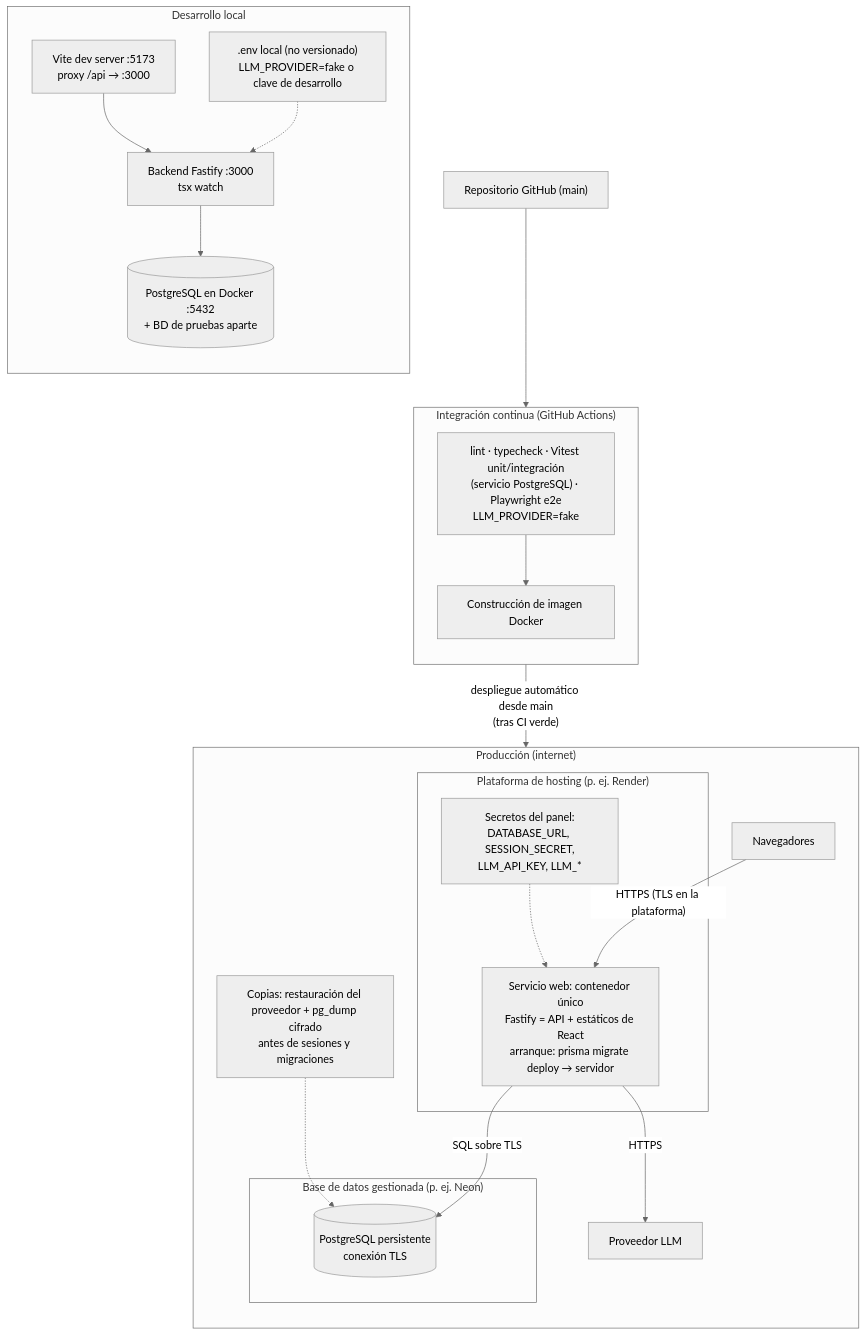
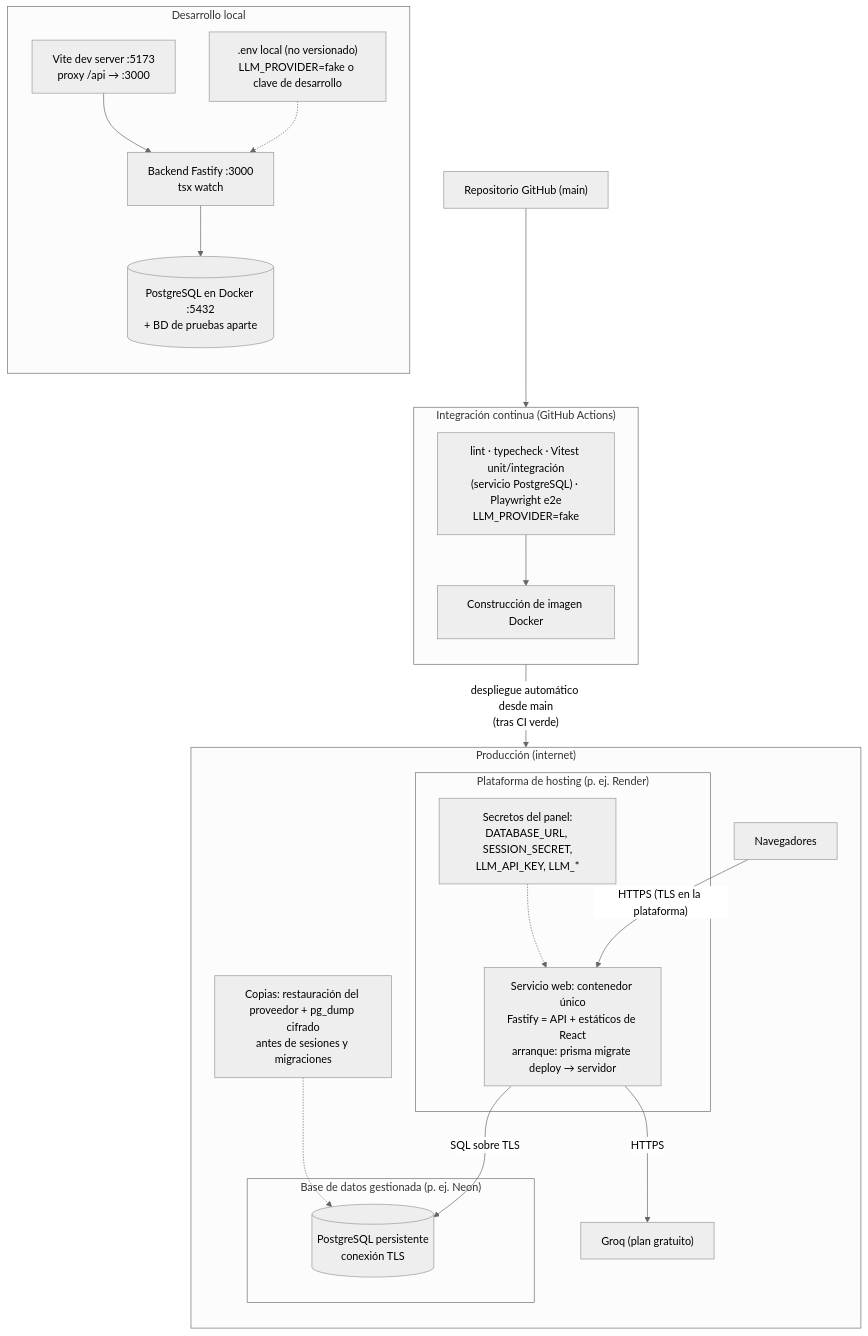
Before and after one commit to JheraldC/scrum-assistent-intelligent-artificial: the diagram in specs/001-scrum-ai-agent-guide/diagrams/06-despliegue.md, drawn with Mermaid (neutral theme). The commit also changed 8 other files, not shown here.

First line of the commit message:
docs(spec): fijar Groq como proveedor de IA y aclarar alcance del MVP

````diff
--- a/specs/001-scrum-ai-agent-guide/diagrams/06-despliegue.md
+++ b/specs/001-scrum-ai-agent-guide/diagrams/06-despliegue.md
@@ -7,38 +7,38 @@
 ```mermaid
 flowchart TB
     subgraph DEV["Desarrollo local"]
         direction TB
         VITE["Vite dev server :5173<br/>proxy /api → :3000"]
         BEDEV["Backend Fastify :3000<br/>tsx watch"]
         PGDEV[("PostgreSQL en Docker :5432<br/>+ BD de pruebas aparte")]
         VITE --> BEDEV --> PGDEV
         ENVDEV[".env local (no versionado)<br/>LLM_PROVIDER=fake o clave de desarrollo"]
         ENVDEV -.-> BEDEV
     end
 
     subgraph CI["Integración continua (GitHub Actions)"]
         direction TB
         TESTS["lint · typecheck · Vitest unit/integración<br/>(servicio PostgreSQL) · Playwright e2e<br/>LLM_PROVIDER=fake"]
         BUILD["Construcción de imagen Docker"]
         TESTS --> BUILD
     end
 
     subgraph PROD["Producción (internet)"]
         direction TB
         USER["Navegadores"] -- "HTTPS (TLS en la plataforma)" --> WEB
         subgraph PLAT["Plataforma de hosting (p. ej. Render)"]
             WEB["Servicio web: contenedor único<br/>Fastify = API + estáticos de React<br/>arranque: prisma migrate deploy → servidor"]
             SEC["Secretos del panel:<br/>DATABASE_URL, SESSION_SECRET,<br/>LLM_API_KEY, LLM_*"]
             SEC -.-> WEB
         end
         subgraph DBH["Base de datos gestionada (p. ej. Neon)"]
             PGPROD[("PostgreSQL persistente<br/>conexión TLS")]
         end
         WEB -- "SQL sobre TLS" --> PGPROD
-        WEB -- "HTTPS" --> LLMP["Proveedor LLM"]
+        WEB -- "HTTPS" --> LLMP["Groq (plan gratuito)"]
         BK["Copias: restauración del proveedor + pg_dump cifrado<br/>antes de sesiones y migraciones"] -.-> PGPROD
     end
 
     REPO["Repositorio GitHub (main)"] --> CI
     BUILD -- "despliegue automático desde main<br/>(tras CI verde)" --> WEB
 ```
````
